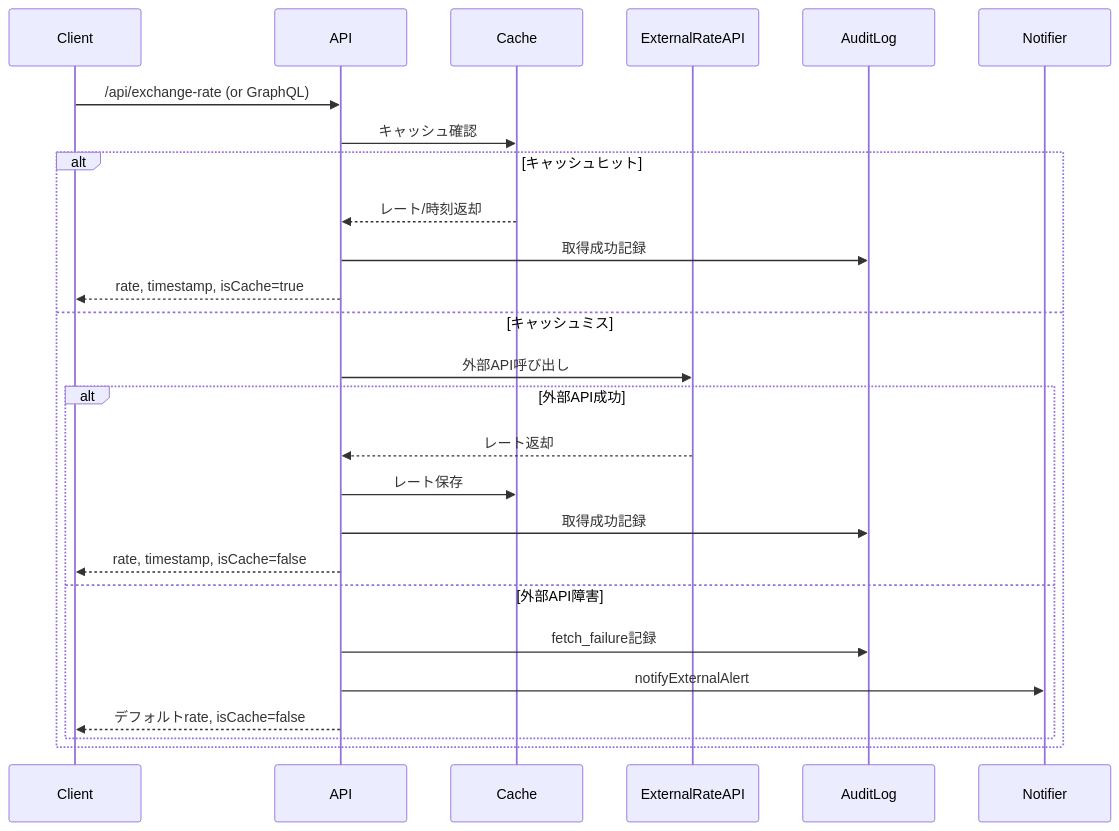
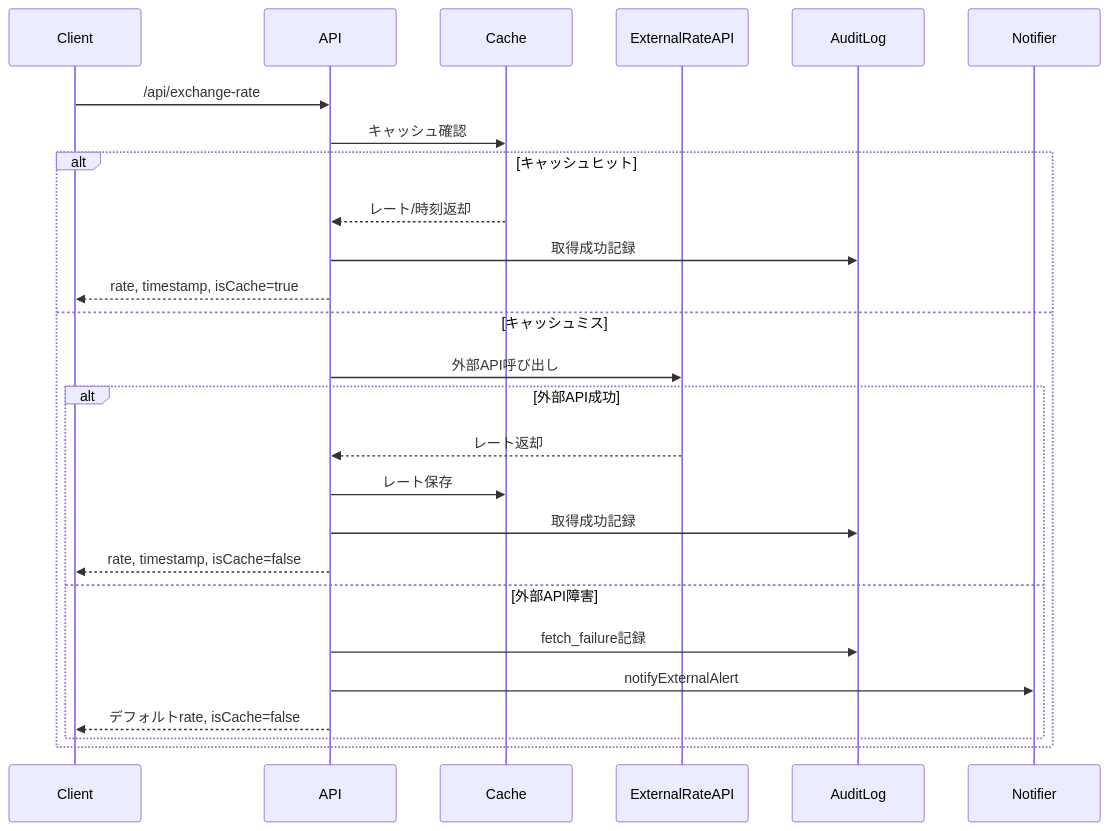
Before and after one commit to shizukutanaka/Strawberry: the second of 4 diagrams in README.md, drawn with Mermaid. The commit also changed other lines of this file and 2 other files, not shown here.

Commit message:
57th pass: fix stale README feature claims (GraphQL/api-key/P2P/OAuth), drop 2 dead CSS selectors

````diff
--- a/README.md
+++ b/README.md
@@ -135,28 +134,28 @@
 ```mermaid
 sequenceDiagram
   participant Client
   participant API
   participant Cache
   participant ExternalRateAPI
   participant AuditLog
   participant Notifier
-  Client->>API: /api/exchange-rate (or GraphQL)
+  Client->>API: /api/exchange-rate
   API->>Cache: キャッシュ確認
   alt キャッシュヒット
     Cache-->>API: レート/時刻返却
     API->>AuditLog: 取得成功記録
     API-->>Client: rate, timestamp, isCache=true
   else キャッシュミス
     API->>ExternalRateAPI: 外部API呼び出し
     alt 外部API成功
       ExternalRateAPI-->>API: レート返却
       API->>Cache: レート保存
       API->>AuditLog: 取得成功記録
       API-->>Client: rate, timestamp, isCache=false
     else 外部API障害
       API->>AuditLog: fetch_failure記録
       API->>Notifier: notifyExternalAlert
       API-->>Client: デフォルトrate, isCache=false
     end
   end
 ```
````
